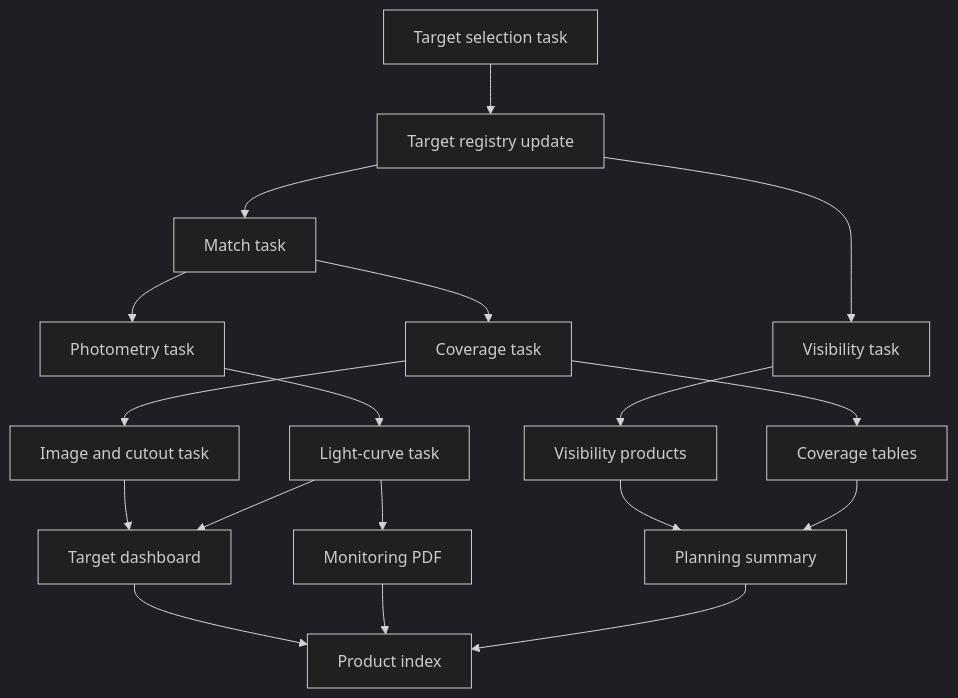
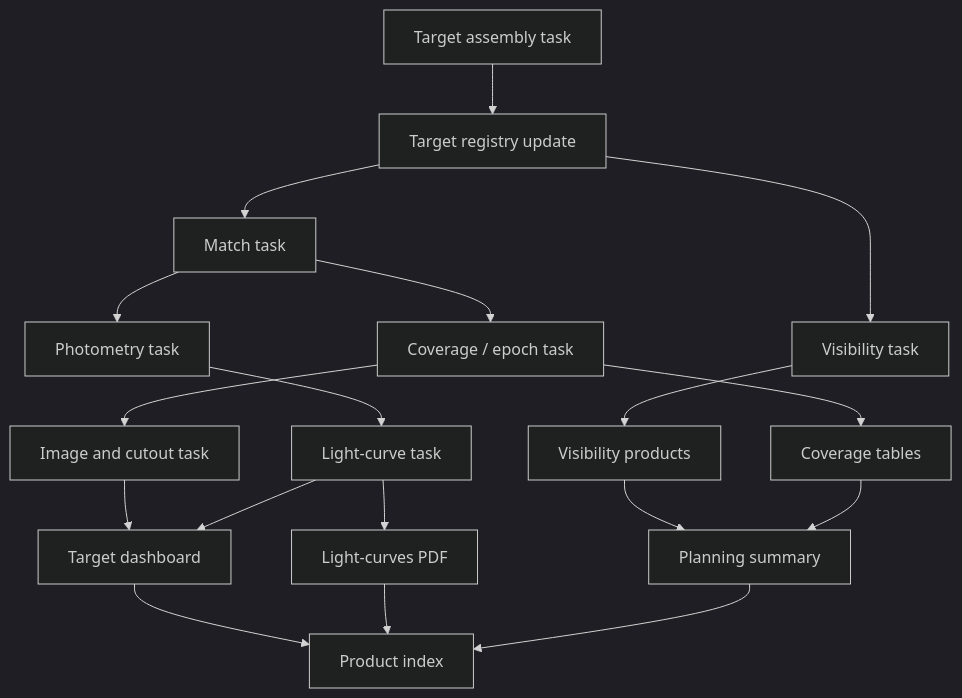
Before and after one commit to nowokaren/target_selection: the third of 4 diagrams in docs/architecture_restructure_proposal.md, drawn with Mermaid (dark theme). The commit also changed other lines of this file and 2 other files, not shown here.

Commit message:
Refine architecture proposal source model

````diff
--- a/docs/architecture_restructure_proposal.md
+++ b/docs/architecture_restructure_proposal.md
@@ -95,20 +176,20 @@
 ```mermaid
 flowchart TD
-    A[Target selection task] --> B[Target registry update]
+    A[Target assembly task] --> B[Target registry update]
     B --> C[Match task]
     B --> D[Visibility task]
-    C --> E[Coverage task]
+    C --> E[Coverage / epoch task]
     C --> F[Photometry task]
     E --> G[Image and cutout task]
     F --> H[Light-curve task]
     D --> I[Visibility products]
     E --> J[Coverage tables]
     G --> K[Target dashboard]
     H --> K
-    H --> L[Monitoring PDF]
+    H --> L[Light-curves PDF]
     I --> M[Planning summary]
     J --> M
     K --> N[Product index]
     L --> N
     M --> N
 ```
````
